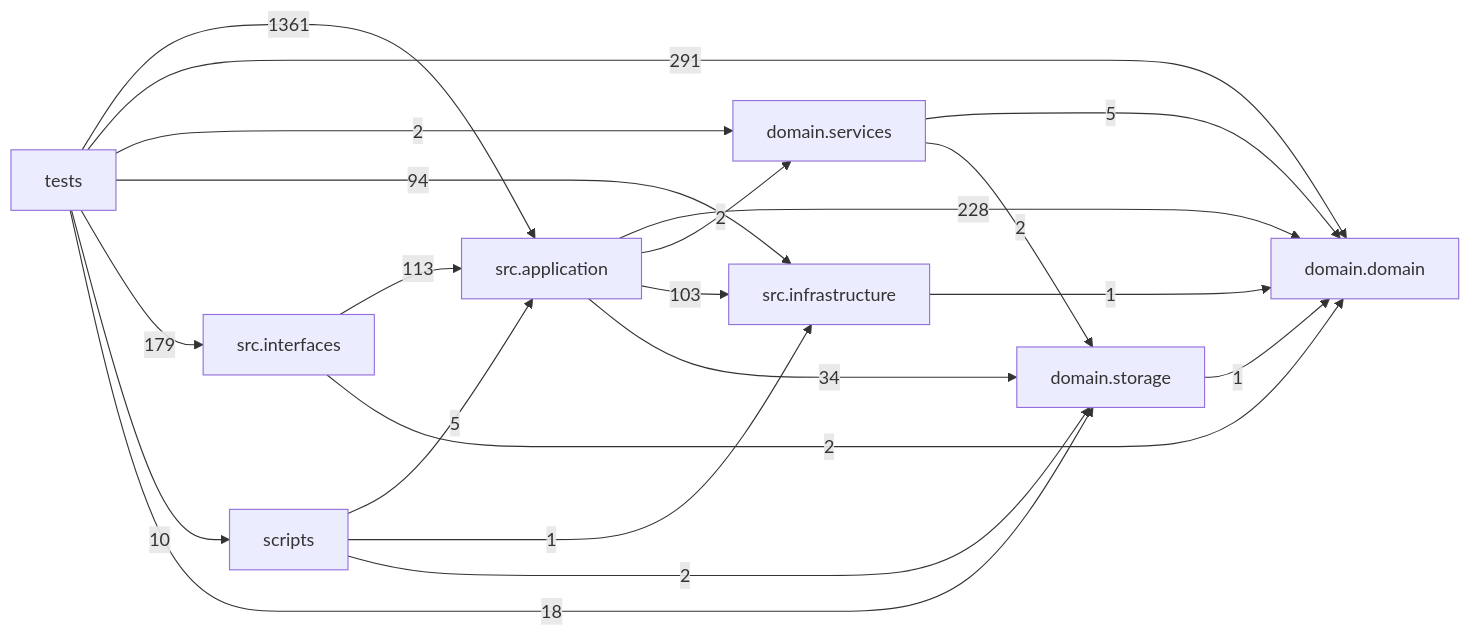
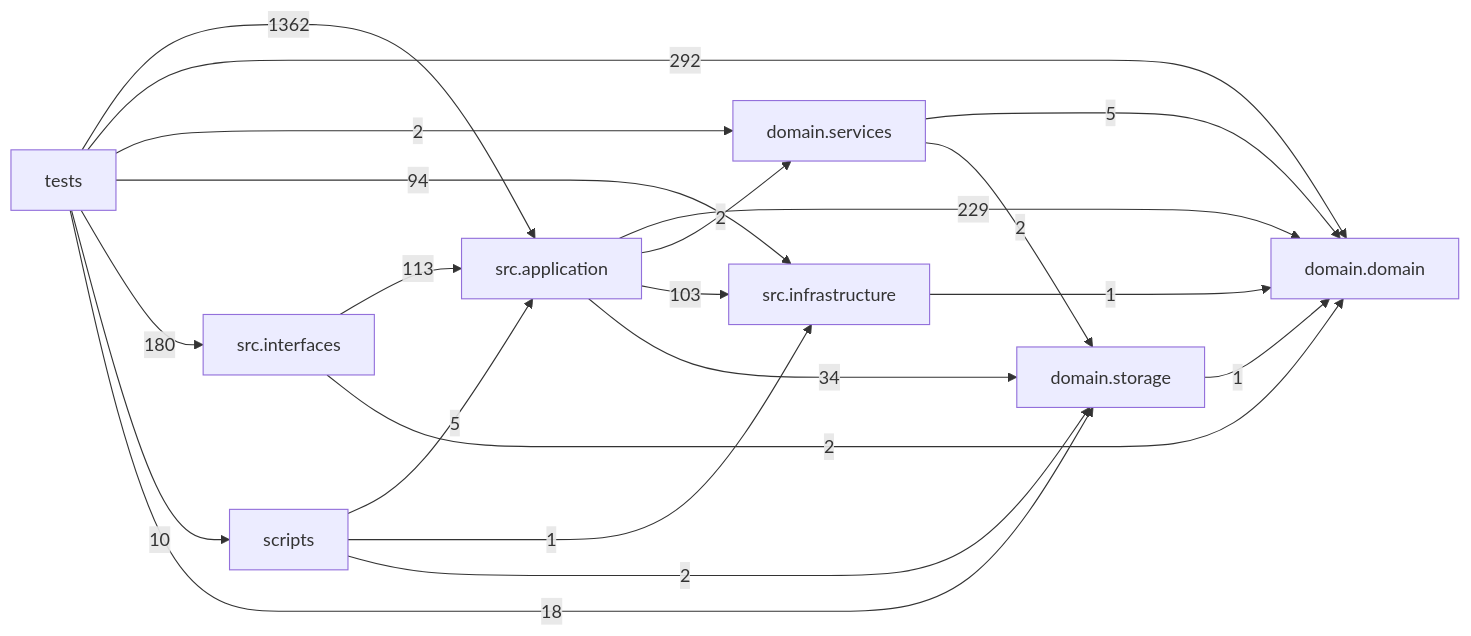
One commit to liuxie066/options-monitor changed the diagram in docs/DEPENDENCY_GRAPH.md. Above: the diagram before and after it, drawn with Mermaid. The commit also changed other lines of this file and 13 other files, not shown here.

````diff
--- a/docs/DEPENDENCY_GRAPH.md
+++ b/docs/DEPENDENCY_GRAPH.md
@@ -24,31 +24,31 @@
 ```mermaid
 flowchart LR
   tests["tests"]
   scripts["scripts"]
   interfaces["src.interfaces"]
   application["src.application"]
   infrastructure["src.infrastructure"]
   domain_services["domain.services"]
   domain["domain.domain"]
   storage["domain.storage"]
-  application -->|228| domain
+  application -->|229| domain
   application -->|2| domain_services
   application -->|103| infrastructure
   application -->|34| storage
   domain_services -->|5| domain
   domain_services -->|2| storage
   infrastructure -->|1| domain
   interfaces -->|113| application
   interfaces -->|2| domain
   scripts -->|5| application
   scripts -->|1| infrastructure
   scripts -->|2| storage
   storage -->|1| domain
-  tests -->|1361| application
-  tests -->|291| domain
+  tests -->|1362| application
+  tests -->|292| domain
   tests -->|2| domain_services
   tests -->|94| infrastructure
-  tests -->|179| interfaces
+  tests -->|180| interfaces
   tests -->|10| scripts
   tests -->|18| storage
 ```
````
